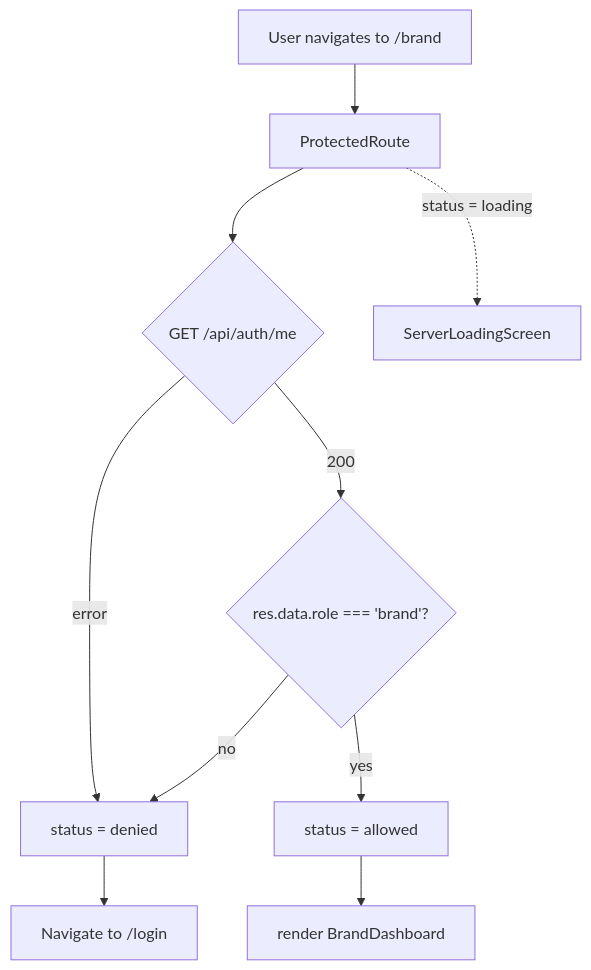
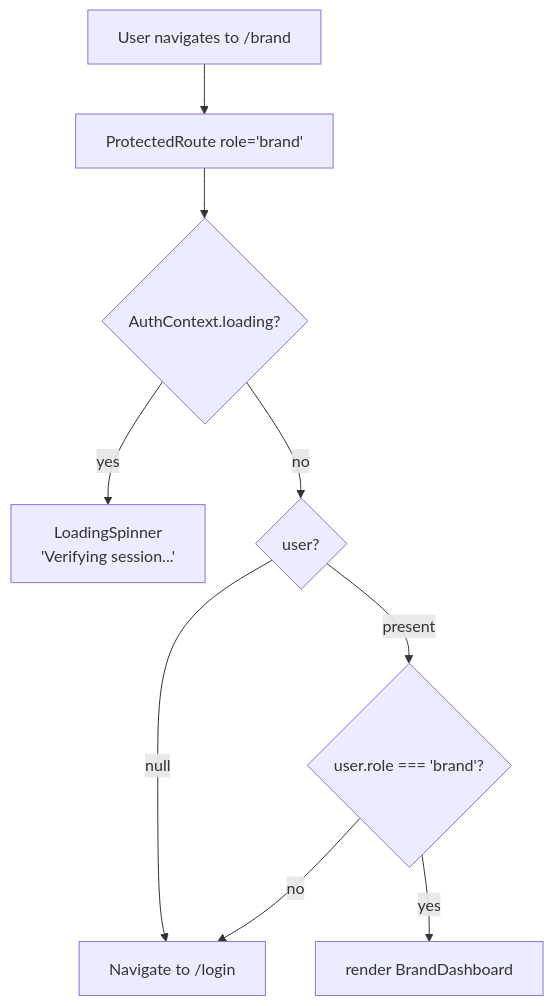
One commit to RohitChintalapudi/BrandForge_Frontend changed the third of 11 diagrams in README.md. Above: the diagram before and after it, drawn with Mermaid. The commit also changed other lines of this file, not shown here.

First line of the commit message:
docs(readme): document single-shot session restore and context-based guards

````diff
--- a/README.md
+++ b/README.md
@@ -196,12 +200,11 @@
 ```mermaid
 flowchart TD
-    NAV["User navigates to /brand"] --> PR["ProtectedRoute"]
-    PR --> ME{"GET /api/auth/me"}
-    ME -- "error" --> DENY["status = denied"]
-    ME -- "200" --> ROLE{"res.data.role === 'brand'?"}
+    NAV["User navigates to /brand"] --> PR["ProtectedRoute role='brand'"]
+    PR --> LD{"AuthContext.loading?"}
+    LD -- "yes" --> SPIN["LoadingSpinner<br/>'Verifying session...'"]
+    LD -- "no" --> AUTH{"user?"}
+    AUTH -- "null" --> DENY["Navigate to /login"]
+    AUTH -- "present" --> ROLE{"user.role === 'brand'?"}
     ROLE -- "no" --> DENY
-    ROLE -- "yes" --> ALLOW["status = allowed"]
-    PR -. "status = loading" .-> SLS["ServerLoadingScreen"]
-    DENY --> L["Navigate to /login"]
-    ALLOW --> CHILD["render BrandDashboard"]
+    ROLE -- "yes" --> CHILD["render BrandDashboard"]
 ```
````
